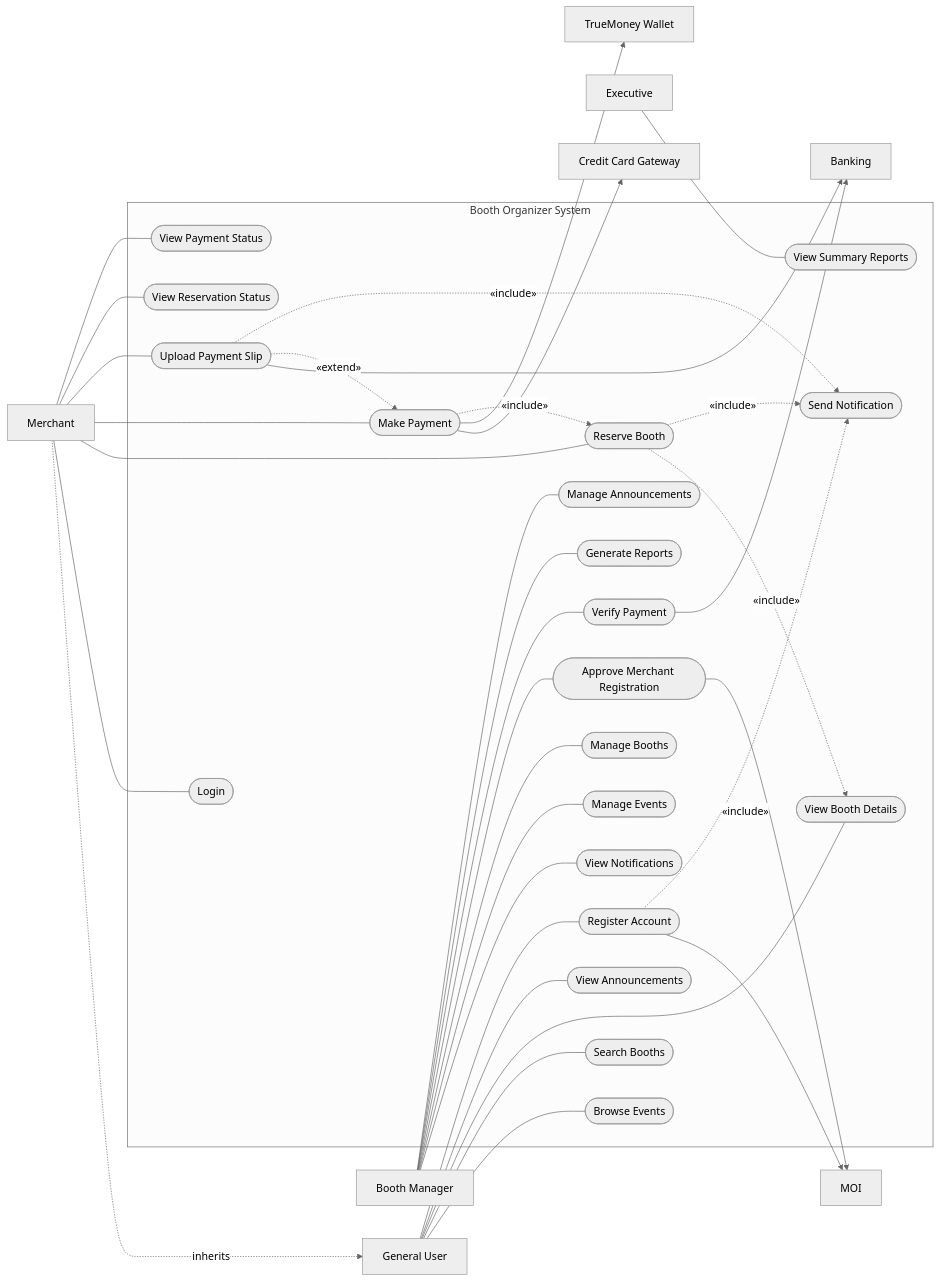
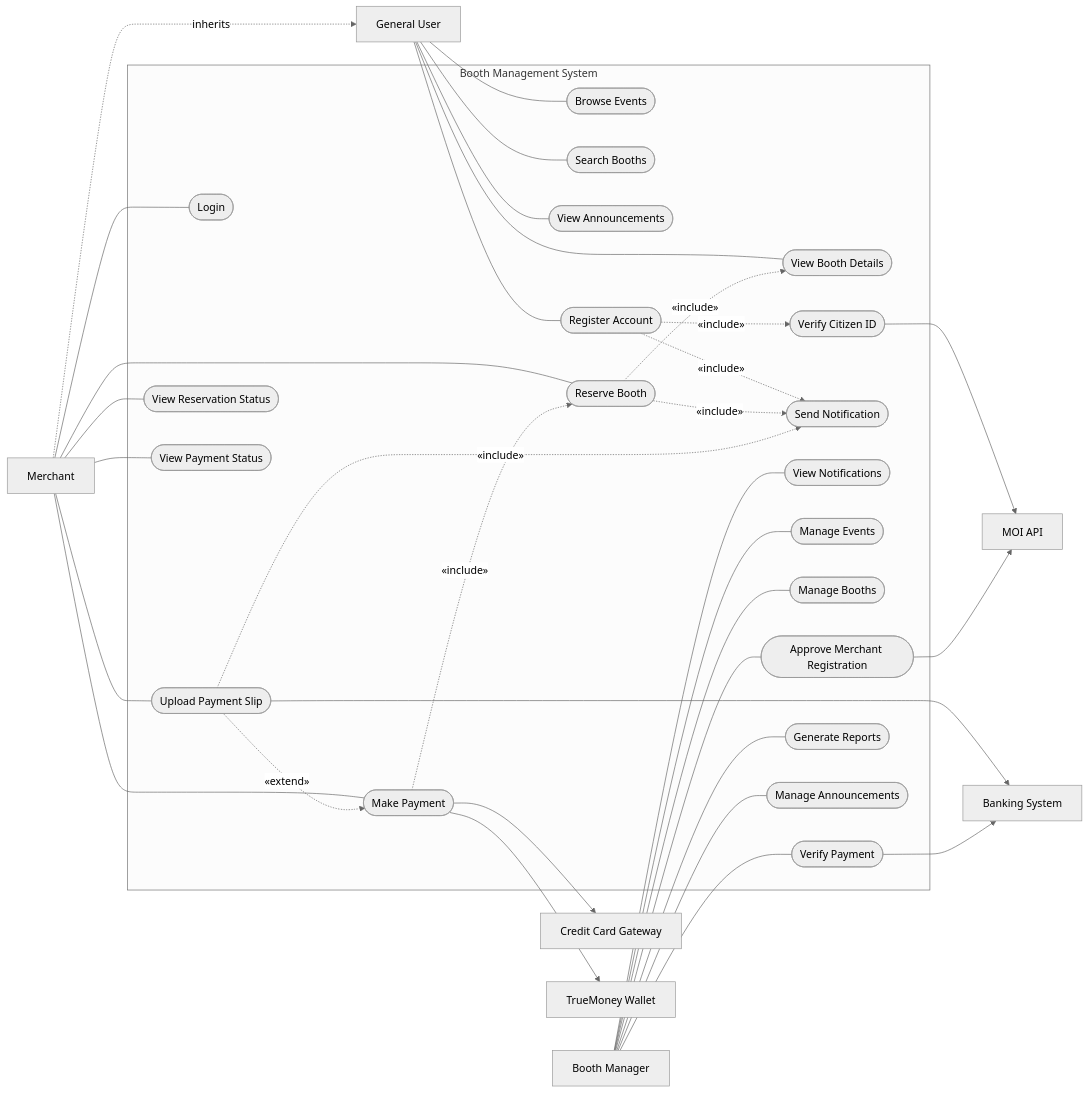
One commit to kkaovsp/2025-ITCS383-Aaaaaaa changed the first of 4 diagrams in designs/Aaaaaaa_D1_Design.md. Above: the diagram before and after it, drawn with Mermaid (neutral theme). The commit also changed other lines of this file, not shown here.

First line of the commit message:
Revise Use Case Diagram, DFD, and system documentation

````diff
--- a/designs/Aaaaaaa_D1_Design.md
+++ b/designs/Aaaaaaa_D1_Design.md
@@ -30,14 +31,13 @@
 GU[General User]
 M[Merchant]
 BM[Booth Manager]
-EX[Executive]
+%% Executive removed: Receives reports outside the system
 
 %% Actor inheritance (Dotted to reduce visual clutter)
 M -.->|inherits| GU
 
 %% System Boundary
-subgraph Booth_Organizer_System [Booth Organizer System]
-    %% Declaring Use Cases in strict Top-to-Bottom order to prevent line crossing
+subgraph Booth_Organizer_System [Booth Management System]
     
     %% General User & Merchant Core
     UC1([Browse Events])
@@ -45,6 +45,7 @@
     UC3([View Booth Details])
     UC4([View Announcements])
     UC5([Register Account])
+    UC21([Verify Citizen ID])
     
     UC6([Login])
     UC7([Reserve Booth])
@@ -53,10 +54,10 @@
     UC10([View Reservation Status])
     UC11([View Payment Status])
 
-    %% System Level Actions
+    %% System Level Actions (In-App Notification)
     UC19([Send Notification])
     
-    %% Booth Manager & Executive Core
+    %% Booth Manager Core
     UC20([View Notifications])
     UC12([Manage Events])
     UC13([Manage Booths])
@@ -64,14 +65,13 @@
     UC15([Verify Payment])
     UC16([Generate Reports])
     UC17([Manage Announcements])
-    UC18([View Summary Reports])
 end
 
 %% External Systems (Forced to the Right)
-MOI[MOI]
+MOI[MOI API]
 CC[Credit Card Gateway]
 TM[TrueMoney Wallet]
-BANK[Banking]
+BANK[Banking System]
 
 %% Primary Actor Connections (Solid lines, no arrows for strict UML)
 GU --- UC1
@@ -95,12 +95,8 @@
 BM --- UC16
 BM --- UC17
 
-EX --- UC18
-
 %% External System Connections 
-%% Using standard arrows (-->) here is the secret trick. It forces Mermaid 
-%% to push these nodes into a new column on the far right.
-UC5 --> MOI
+UC21 --> MOI
 UC14 --> MOI
 
 UC8 --> CC
@@ -113,9 +109,10 @@
 UC7 -.->|"«include»"| UC3
 UC8 -.->|"«include»"| UC7
 UC9 -.->|"«extend»"| UC8
+UC5 -.->|"«include»"| UC21
 
-%% Notification Includes
+%% Notification Includes (Triggering the In-App alert)
 UC5 -.->|"«include»"| UC19
 UC7 -.->|"«include»"| UC19
-UC9 -.->|"«include»"| UC19
+UC9 -.->|"«include»"| UC19 
 ```
````
